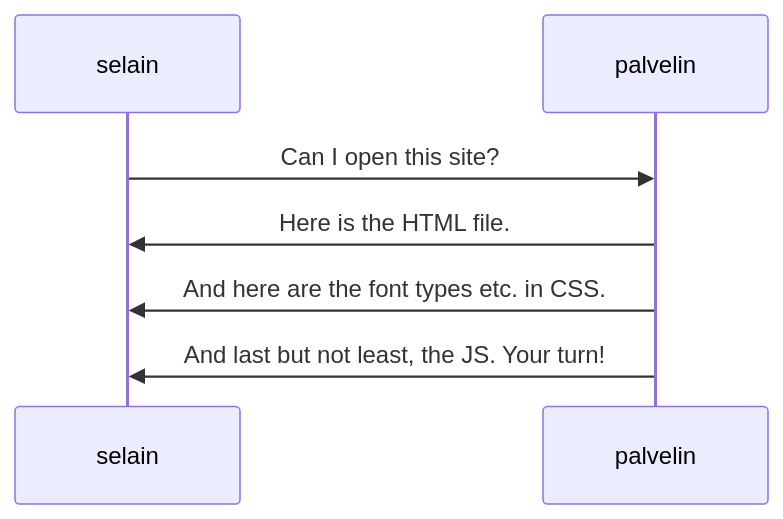
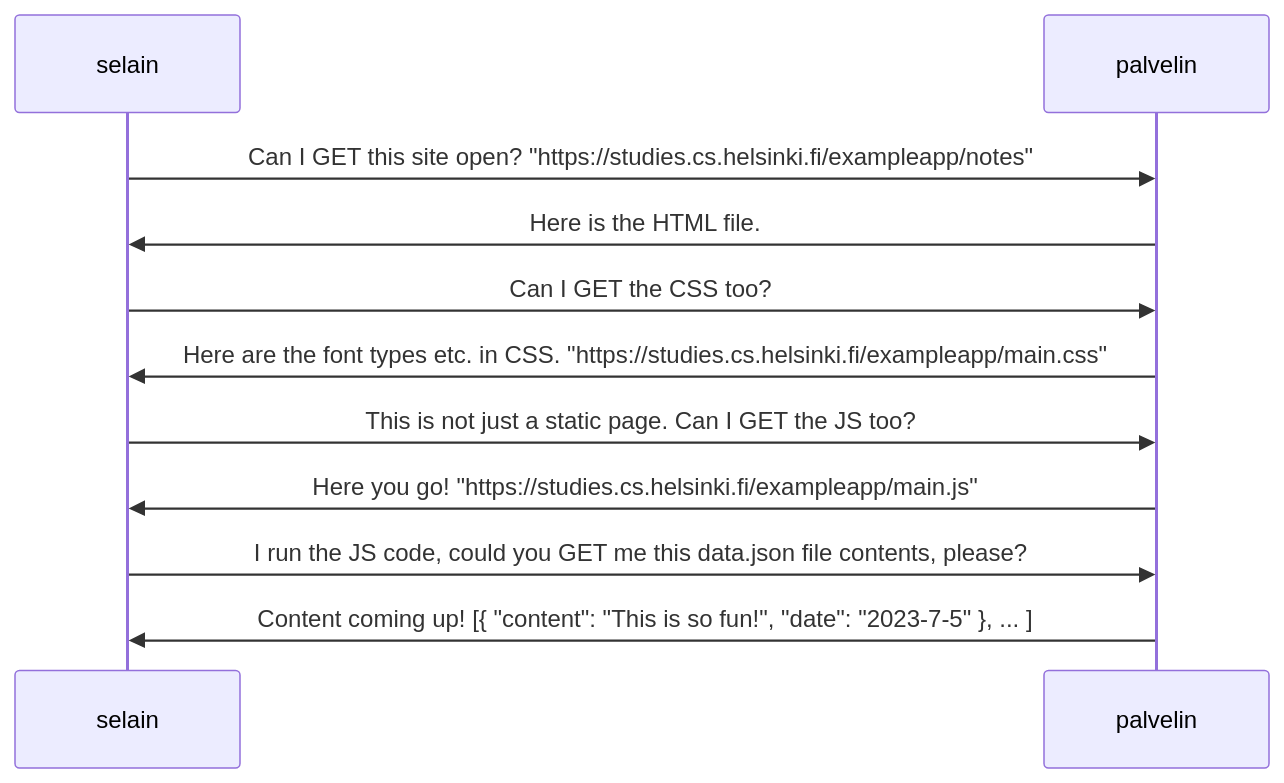
Before and after one commit to ellallaa/palautusrepo2023: the diagram in osa0/kaavio.md, drawn with Mermaid.

Commit message:
syntaksi ok, nyt sisällöt

````diff
--- a/osa0/kaavio.md
+++ b/osa0/kaavio.md
@@ -2,11 +2,15 @@
 ```mermaid
   sequenceDiagram
   participant s as selain
   participant p as palvelin   
 
-  s->>p: Can I open this site?
+  s->>p: Can I GET this site open? "https://studies.cs.helsinki.fi/exampleapp/notes"
   p->>s: Here is the HTML file.
-  p->>s: And here are the font types etc. in CSS.
-  p->>s: And last but not least, the JS. Your turn!
-
+  s->>p: Can I GET the CSS too?
+  p->>s: Here are the font types etc. in CSS. "https://studies.cs.helsinki.fi/exampleapp/main.css"
+  s->>p: This is not just a static page. Can I GET the JS too?
+  p->>s: Here you go! "https://studies.cs.helsinki.fi/exampleapp/main.js"
+  s->>p: I run the JS code, could you GET me this data.json file contents, please?
+  p->>s: Content coming up! [{ "content": "This is so fun!", "date": "2023-7-5" }, ... ]
+    
 ```
````
